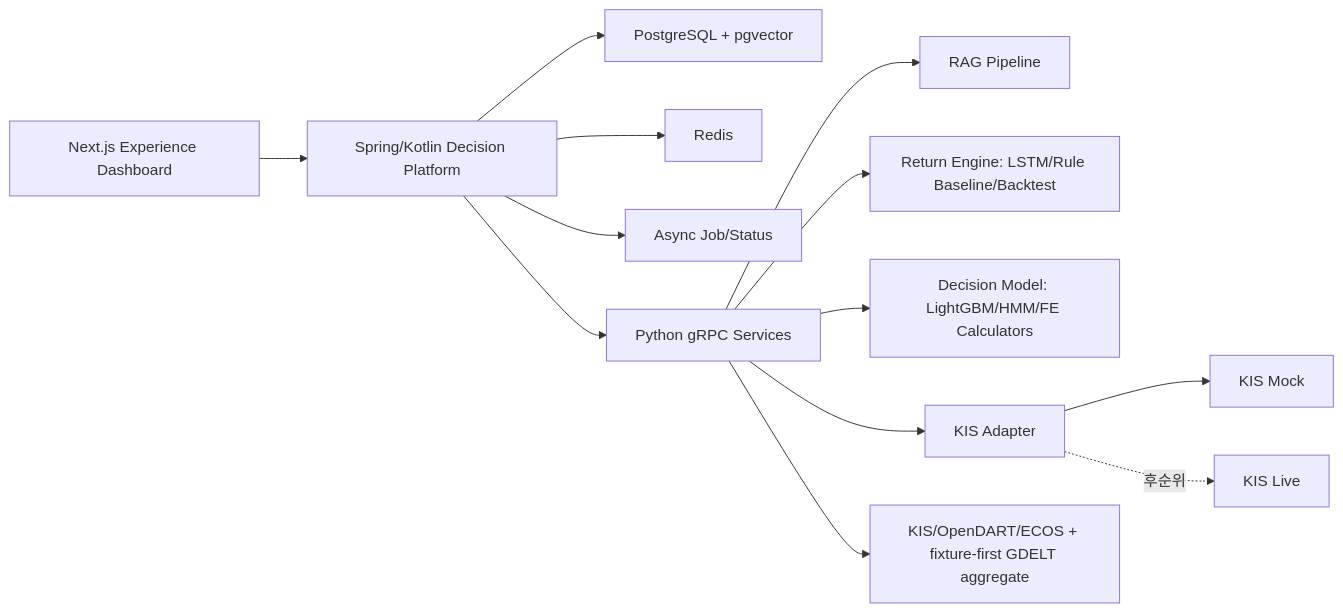
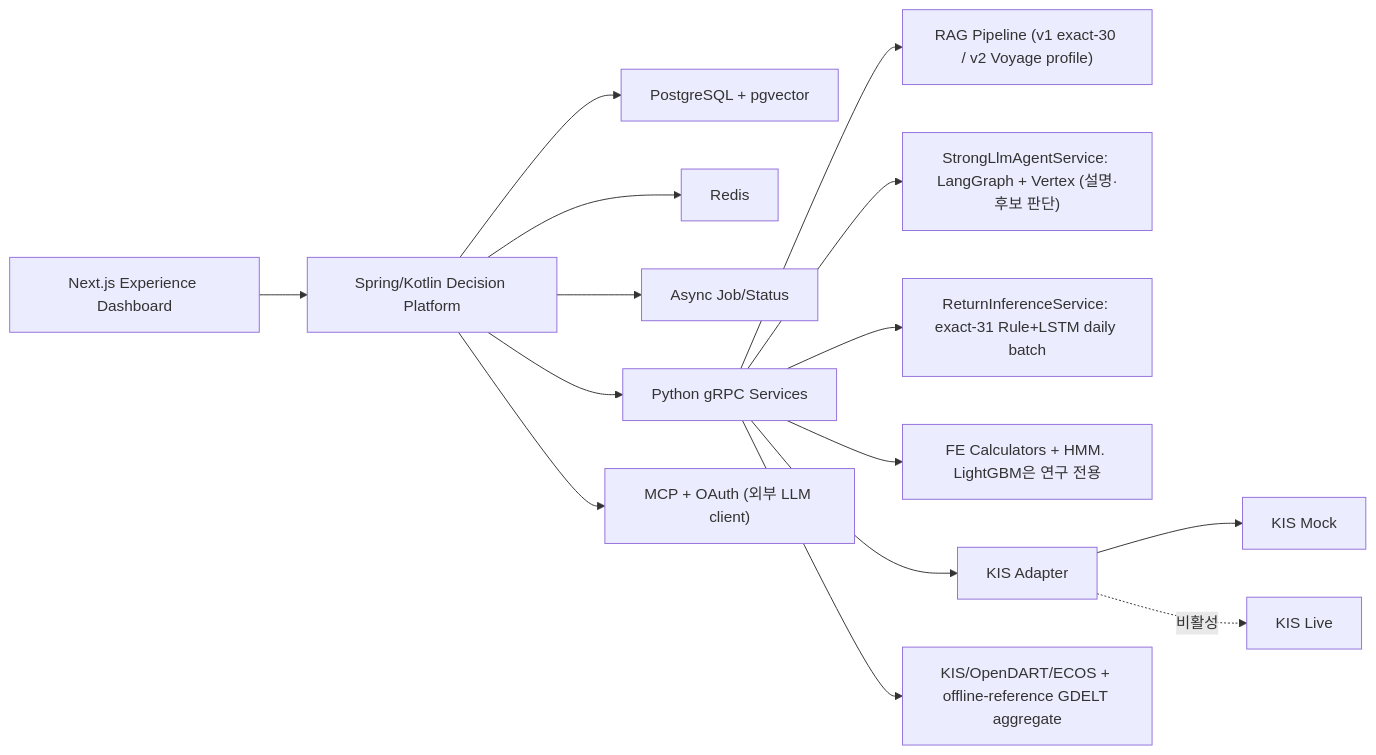
Before and after one commit to robinhood0107/Capstone-AI-Trading-Coach: the diagram in docs/API_명세서.md, drawn with Mermaid. The commit also changed other lines of this file and 5 other files, not shown here.

````diff
--- a/docs/API_명세서.md
+++ b/docs/API_명세서.md
@@ -266,15 +269,17 @@
 ```mermaid
 flowchart LR
   FE["Next.js Experience Dashboard"] --> SPRING["Spring/Kotlin Decision Platform"]
   SPRING --> DB["PostgreSQL + pgvector"]
   SPRING --> REDIS["Redis"]
   SPRING --> ASYNC["Async Job/Status"]
   SPRING --> GRPC["Python gRPC Services"]
-  GRPC --> RAG["RAG Pipeline"]
-  GRPC --> RETURN["Return Engine: LSTM/Rule Baseline/Backtest"]
-  GRPC --> DECISION_MODEL["Decision Model: LightGBM/HMM/FE Calculators"]
+  GRPC --> RAG["RAG Pipeline (v1 exact-30 / v2 Voyage profile)"]
+  GRPC --> LLM["StrongLlmAgentService: LangGraph + Vertex (설명·후보 판단)"]
+  GRPC --> RETURN["ReturnInferenceService: exact-31 Rule+LSTM daily batch"]
+  GRPC --> DECISION_MODEL["FE Calculators + HMM. LightGBM은 연구 전용"]
   GRPC --> KIS["KIS Adapter"]
-  GRPC --> DATA["KIS/OpenDART/ECOS + fixture-first GDELT aggregate"]
+  GRPC --> DATA["KIS/OpenDART/ECOS + offline-reference GDELT aggregate"]
   KIS --> MOCK["KIS Mock"]
-  KIS -. 후순위 .-> LIVE["KIS Live"]
+  KIS -. 비활성 .-> LIVE["KIS Live"]
+  SPRING --> MCP["MCP + OAuth (외부 LLM client)"]
 ```
````
